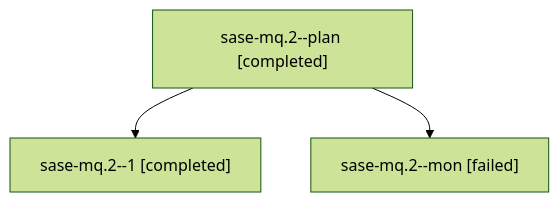
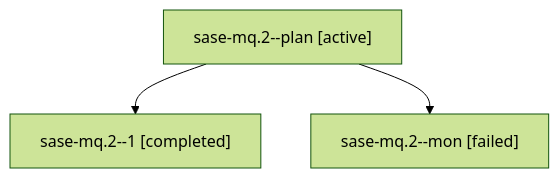
Before and after one commit to sase-org/sase--agents: the diagram in families/bbugyi200.athena.sase-mq.2.md, drawn with Mermaid (forest theme). The commit also changed other lines of this file and 35830 other files, not shown here.

````diff
--- a/families/bbugyi200.athena.sase-mq.2.md
+++ b/families/bbugyi200.athena.sase-mq.2.md
@@ -9,8 +9,8 @@
 ```mermaid
 flowchart TD
-  n0["sase-mq.2--plan [completed]"]
+  n0["sase-mq.2--plan [active]"]
   n1["sase-mq.2--1 [completed]"]
   n0 --> n1
   n2["sase-mq.2--mon [failed]"]
   n0 --> n2
 ```
````
